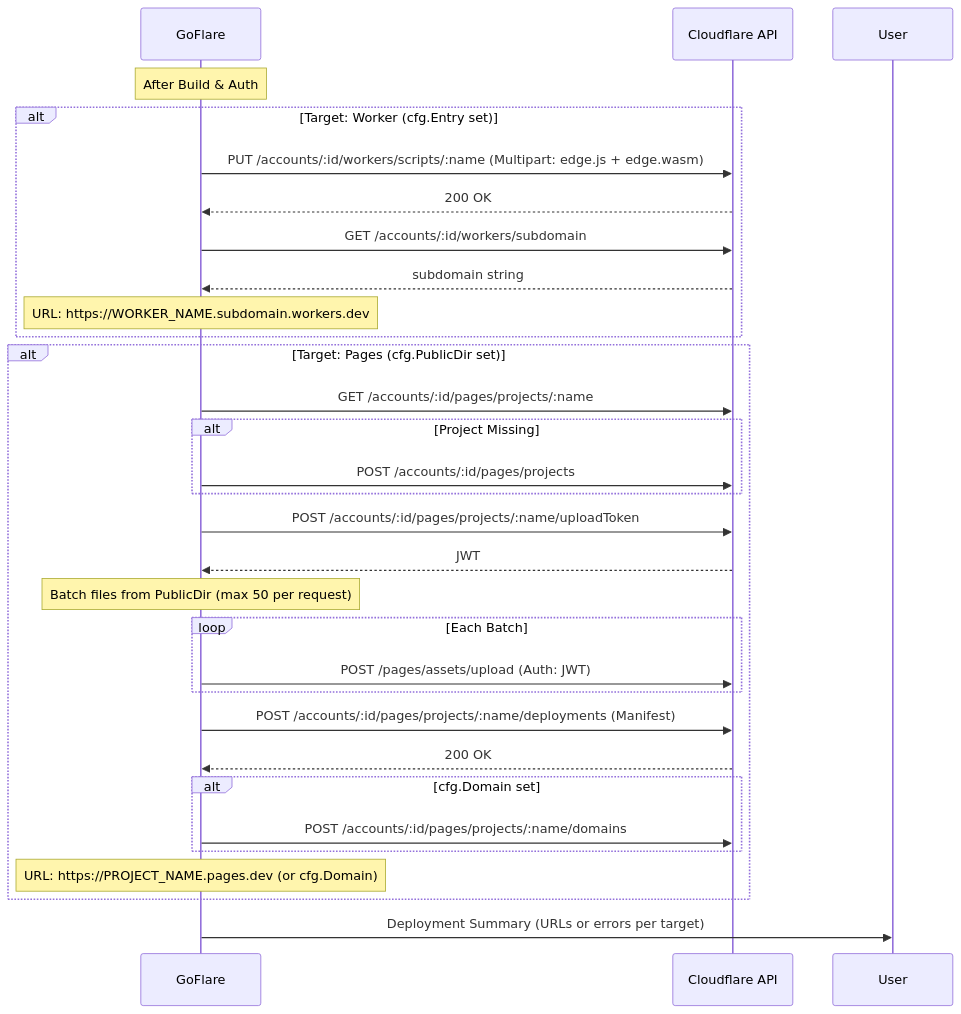
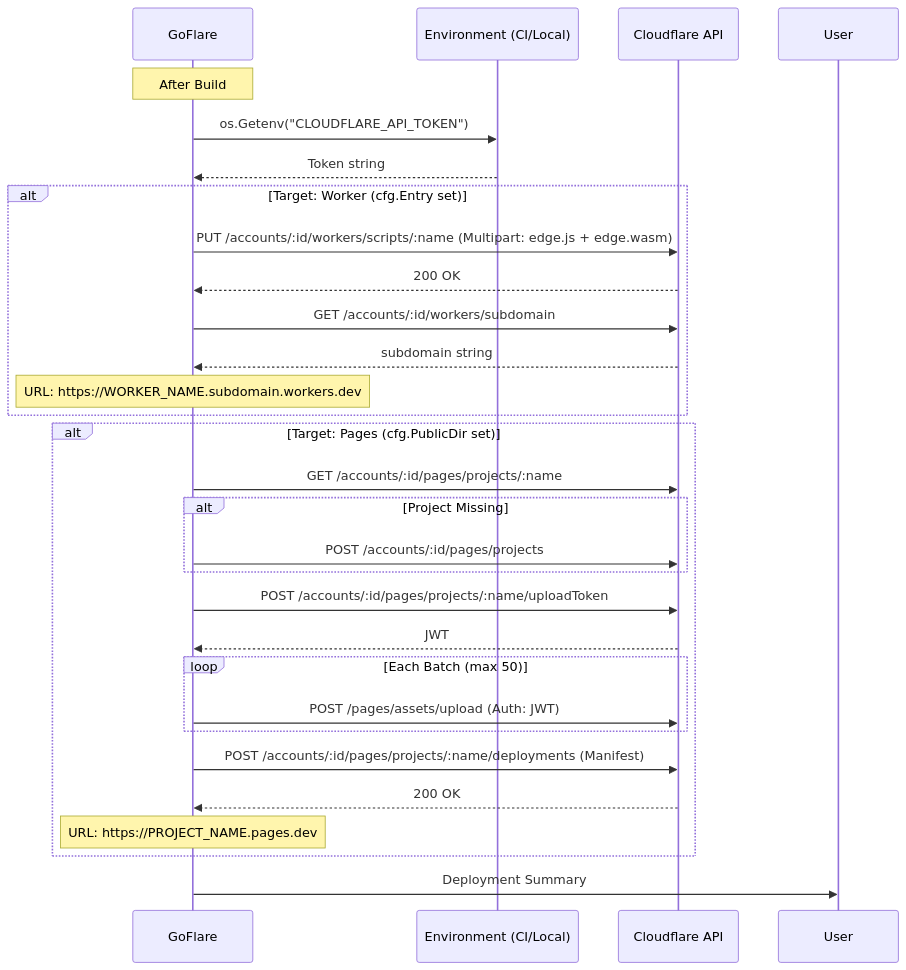
Before and after one commit to tinywasm/goflare: the diagram in docs/diagrams/DEPLOY_FLOW.md, drawn with Mermaid. The commit also changed 35 other files, not shown here.

````diff
--- a/docs/diagrams/DEPLOY_FLOW.md
+++ b/docs/diagrams/DEPLOY_FLOW.md
@@ -3,36 +1,36 @@
 ```mermaid
 sequenceDiagram
     participant G as GoFlare
+    participant ENV as Environment (CI/Local)
     participant CF as Cloudflare API
 
-    Note over G: After Build & Auth
+    Note over G: After Build
+
+    G->>ENV: os.Getenv("CLOUDFLARE_API_TOKEN")
+    ENV-->>G: Token string
 
     alt Target: Worker (cfg.Entry set)
         G->>CF: PUT /accounts/:id/workers/scripts/:name (Multipart: edge.js + edge.wasm)
         CF-->>G: 200 OK
         G->>CF: GET /accounts/:id/workers/subdomain
         CF-->>G: subdomain string
         Note over G: URL: https://WORKER_NAME.subdomain.workers.dev
     end
 
     alt Target: Pages (cfg.PublicDir set)
         G->>CF: GET /accounts/:id/pages/projects/:name
         alt Project Missing
             G->>CF: POST /accounts/:id/pages/projects
         end
         G->>CF: POST /accounts/:id/pages/projects/:name/uploadToken
         CF-->>G: JWT
-        Note over G: Batch files from PublicDir (max 50 per request)
-        loop Each Batch
+        loop Each Batch (max 50)
             G->>CF: POST /pages/assets/upload (Auth: JWT)
         end
         G->>CF: POST /accounts/:id/pages/projects/:name/deployments (Manifest)
         CF-->>G: 200 OK
-        alt cfg.Domain set
-            G->>CF: POST /accounts/:id/pages/projects/:name/domains
-        end
-        Note over G: URL: https://PROJECT_NAME.pages.dev (or cfg.Domain)
+        Note over G: URL: https://PROJECT_NAME.pages.dev
     end
 
-    G->>User: Deployment Summary (URLs or errors per target)
+    G->>User: Deployment Summary
 ```
````
